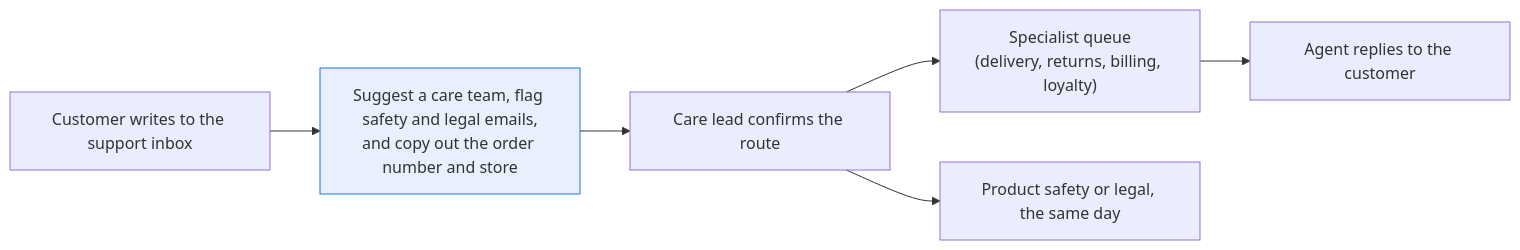
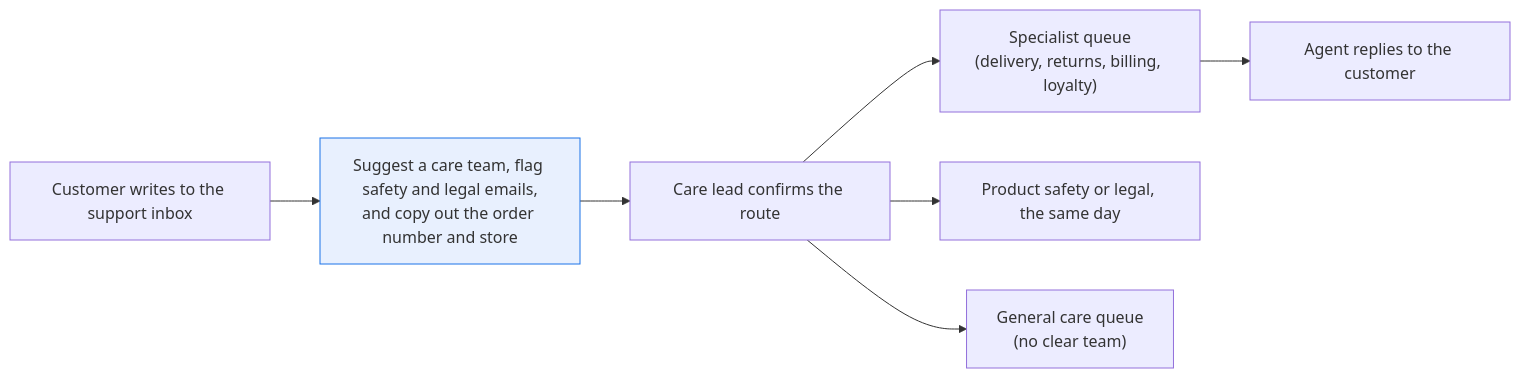
The first of 2 diagrams in retail/route_customer_emails/README.md (superlinked/cookbook), drawn with Mermaid before and after one commit. The commit also changed other lines of this file and 9 other files, not shown here.

````diff
--- a/retail/route_customer_emails/README.md
+++ b/retail/route_customer_emails/README.md
@@ -33,10 +34,11 @@
 ```mermaid
 flowchart LR
     A[Customer writes to the support inbox] --> B["Suggest a care team, flag safety and legal emails,<br/>and copy out the order number and store"]
     B --> C[Care lead confirms the route]
     C --> D["Specialist queue<br/>(delivery, returns, billing, loyalty)"]
     C --> E["Product safety or legal, the same day"]
+    C --> G["General care queue<br/>(no clear team)"]
     D --> F[Agent replies to the customer]
     classDef recipe fill:#e8f0fe,stroke:#1a73e8
     class B recipe;
 ```
````
